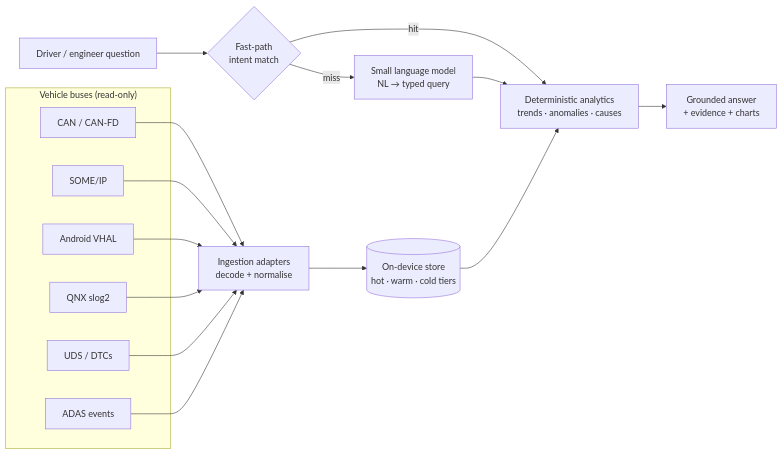
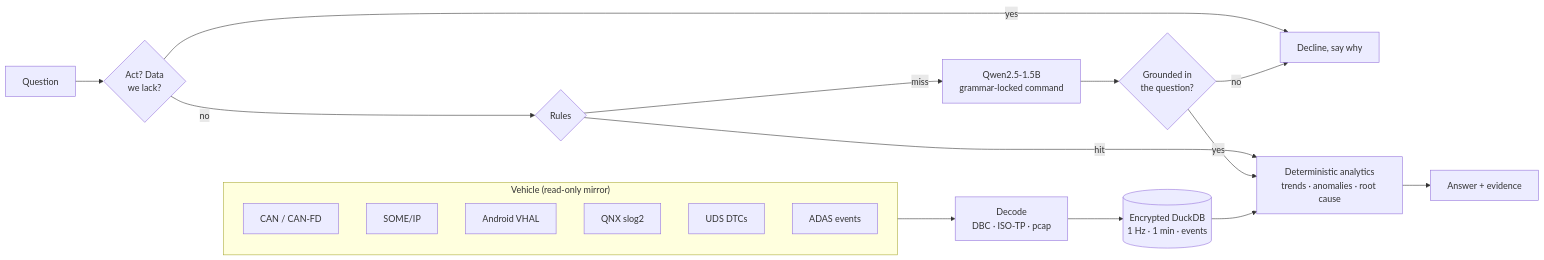
The diagram in README.md (meet-png/edgecar-ai), drawn with Mermaid before and after one commit. The commit also changed other lines of this file and 18 other files, not shown here.

First line of the commit message:
Docs: architecture, ARM results, review checklist; ADR-0007/0008

````diff
--- a/README.md
+++ b/README.md
@@ -23,19 +30,14 @@
 ```mermaid
 flowchart LR
-    subgraph BUS["Vehicle buses (read-only)"]
-        CAN[CAN / CAN-FD]
-        SOMEIP[SOME/IP]
-        VHAL[Android VHAL]
-        QNX[QNX slog2]
-        DIAG[UDS / DTCs]
-        ADAS[ADAS events]
+    subgraph BUS["Vehicle (read-only mirror)"]
+        CAN[CAN / CAN-FD] & SOMEIP[SOME/IP] & VHAL[Android VHAL] & QNX[QNX slog2] & DIAG[UDS DTCs] & ADAS[ADAS events]
     end
-    CAN & SOMEIP & VHAL & QNX & DIAG & ADAS --> ING[Ingestion adapters<br/>decode + normalise]
-    ING --> STORE[(On-device store<br/>hot · warm · cold tiers)]
-    Q[Driver / engineer question] --> FAST{Fast-path<br/>intent match}
-    FAST -- miss --> SLM[Small language model<br/>NL → typed query]
-    FAST -- hit --> ENG
-    SLM --> ENG[Deterministic analytics<br/>trends · anomalies · causes]
-    STORE --> ENG
-    ENG --> ANS[Grounded answer<br/>+ evidence + charts]
+    BUS --> ING[Decode<br/>DBC · ISO-TP · pcap] --> STORE[(Encrypted DuckDB<br/>1 Hz · 1 min · events)]
+    Q[Question] --> GUARD{Act? Data<br/>we lack?} -- no --> FAST{Rules}
+    GUARD -- yes --> DECLINE[Decline, say why]
+    FAST -- miss --> SLM[Qwen2.5-1.5B<br/>grammar-locked command] --> GROUND{Grounded in<br/>the question?}
+    GROUND -- no --> DECLINE
+    FAST -- hit --> ENG[Deterministic analytics<br/>trends · anomalies · root cause]
+    GROUND -- yes --> ENG
+    STORE --> ENG --> ANS[Answer + evidence]
 ```
````
